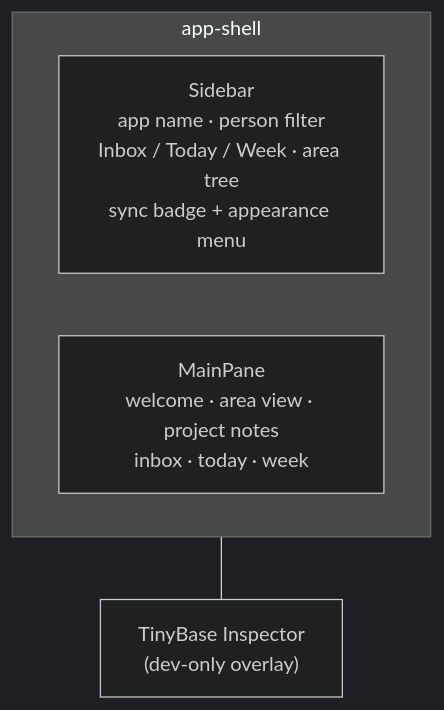
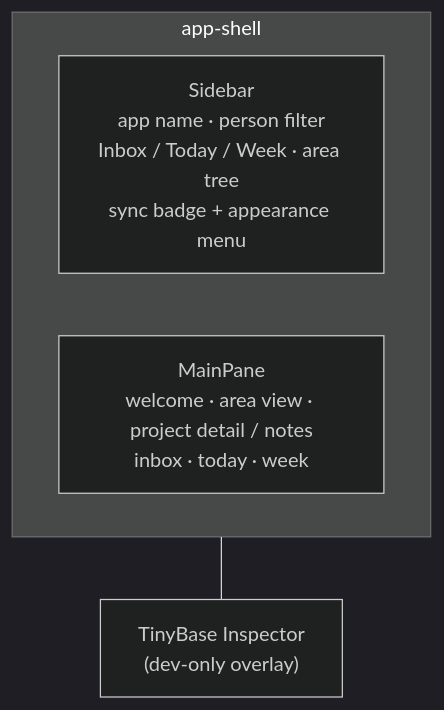
Before and after one commit to nibblebot/localaction: the diagram in docs/ux.md, drawn with Mermaid (dark theme). The commit also changed other lines of this file and 8 other files, not shown here.

First line of the commit message:
feat(projects): restore project detail pane at #/p/<id>

````diff
--- a/docs/ux.md
+++ b/docs/ux.md
@@ -13,10 +13,10 @@
 ```mermaid
 flowchart TB
   subgraph Shell["app-shell"]
     direction LR
     Side["Sidebar\napp name · person filter\nInbox / Today / Week · area tree\nsync badge + appearance menu"]
-    Main["MainPane\nwelcome · area view · project notes\ninbox · today · week"]
+    Main["MainPane\nwelcome · area view · project detail / notes\ninbox · today · week"]
   end
   Insp["TinyBase Inspector\n(dev-only overlay)"]
   Shell --- Insp
 ```
````
